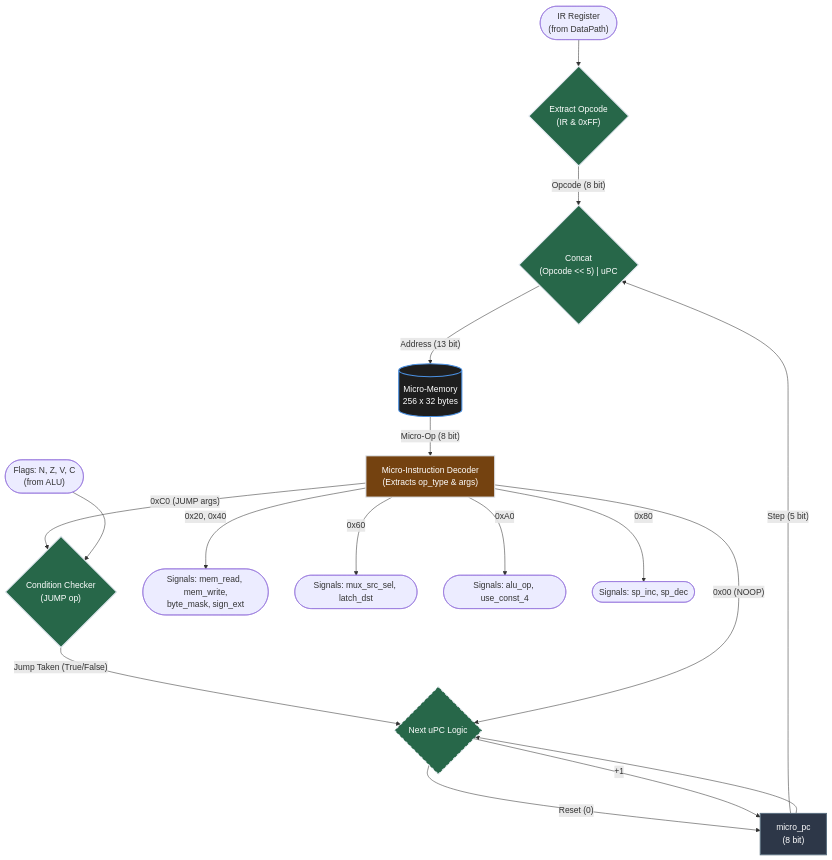
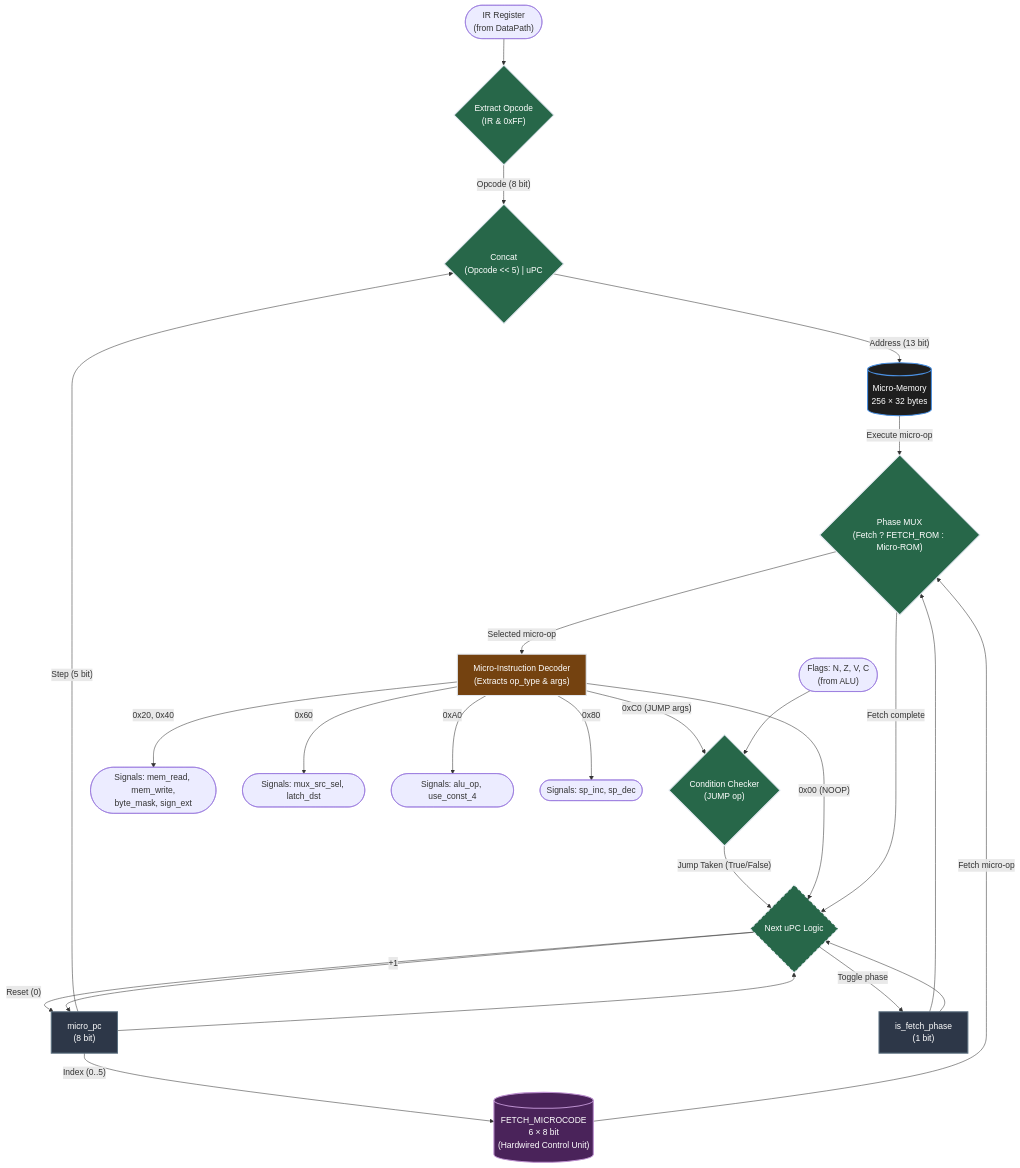
One commit to ivabus/csa-lab4 changed the second of 2 diagrams in README.md. Above: the diagram before and after it, drawn with Mermaid. The commit also changed other lines of this file and 5 other files, not shown here.

````diff
--- a/README.md
+++ b/README.md
@@ -419,65 +427,82 @@
 ```mermaid
 flowchart TD
     classDef rom fill:#1e1e1e,stroke:#4a90e2,stroke-width:2px,color:#fff;
     classDef reg fill:#2d3748,stroke:#5c7080,stroke-width:2px,color:#fff;
     classDef logic fill:#276749,stroke:#e2e8f0,stroke-width:2px,color:#fff;
     classDef decoder fill:#744210,stroke:#e2e8f0,stroke-width:2px,color:#fff;
+    classDef fetch_rom fill:#4a235a,stroke:#bb8fce,stroke-width:2px,color:#fff;
 
     %% --- Inputs from DataPath ---
     IR_INPUT(["IR Register<br/>(from DataPath)"])
     FLAGS_INPUT(["Flags: N, Z, V, C<br/>(from ALU)"])
 
     %% --- State Registers ---
     uPC["micro_pc<br/>(8 bit)"]
+    FETCH_PHASE["is_fetch_phase<br/>(1 bit)"]
+
+    %% --- Phase Selection ---
+    PHASE_MUX{"Phase MUX<br/>(Fetch ? FETCH_ROM : Micro-ROM)"}
+
+    %% --- Fetch Microcode (Hardware, immutable) ---
+    FETCH_ROM[("FETCH_MICROCODE<br/>6 × 8 bit<br/>(Hardwired Control Unit)")]
 
     %% --- Address Generation ---
     OPCODE_EXTRACT{"Extract Opcode<br/>(IR & 0xFF)"}
     ADDR_CONCAT{"Concat<br/>(Opcode << 5) | uPC"}
 
     %% --- Micro-ROM ---
-    uROM[("Micro-Memory<br/>256 x 32 bytes")]
+    uROM[("Micro-Memory<br/>256 × 32 bytes")]
 
     %% --- Decoder ---
     uDEC["Micro-Instruction Decoder<br/>(Extracts op_type & args)"]
 
     %% --- Condition Logic ---
     COND_CHECK{"Condition Checker<br/>(JUMP op)"}
     NEXT_uPC_LOGIC{"Next uPC Logic"}
 
     %% --- Control Signals to DataPath ---
     SIG_LOADSTORE(["Signals: mem_read, mem_write,<br/>byte_mask, sign_ext"])
     SIG_MOV(["Signals: mux_src_sel, latch_dst"])
     SIG_ALU(["Signals: alu_op, use_const_4"])
     SIG_STACK(["Signals: sp_inc, sp_dec"])
 
     %% --- Routing ---
     IR_INPUT --> OPCODE_EXTRACT
     OPCODE_EXTRACT -- "Opcode (8 bit)" --> ADDR_CONCAT
     uPC -- "Step (5 bit)" --> ADDR_CONCAT
 
     ADDR_CONCAT -- "Address (13 bit)" --> uROM
-    uROM -- "Micro-Op (8 bit)" --> uDEC
+    uPC -- "Index (0..5)" --> FETCH_ROM
+
+    FETCH_PHASE --> PHASE_MUX
+    FETCH_ROM -- "Fetch micro-op" --> PHASE_MUX
+    uROM -- "Execute micro-op" --> PHASE_MUX
+    PHASE_MUX -- "Selected micro-op" --> uDEC
 
     uDEC -- "0x20, 0x40" --> SIG_LOADSTORE
     uDEC -- "0x60" --> SIG_MOV
     uDEC -- "0x80" --> SIG_STACK
     uDEC -- "0xA0" --> SIG_ALU
 
     uDEC -- "0xC0 (JUMP args)" --> COND_CHECK
     FLAGS_INPUT --> COND_CHECK
 
     COND_CHECK -- "Jump Taken (True/False)" --> NEXT_uPC_LOGIC
     uDEC -- "0x00 (NOOP)" --> NEXT_uPC_LOGIC
     uPC --> NEXT_uPC_LOGIC
+    FETCH_PHASE --> NEXT_uPC_LOGIC
+    PHASE_MUX -- "Fetch complete" --> NEXT_uPC_LOGIC
 
     NEXT_uPC_LOGIC -- "Reset (0)" --> uPC
     NEXT_uPC_LOGIC -- "+1" --> uPC
+    NEXT_uPC_LOGIC -- "Toggle phase" --> FETCH_PHASE
 
     style NEXT_uPC_LOGIC stroke-dasharray: 5 5
 
     %% --- Styles Binding ---
-    class uPC reg;
-    class OPCODE_EXTRACT,ADDR_CONCAT,COND_CHECK,NEXT_uPC_LOGIC logic;
+    class uPC,FETCH_PHASE reg;
+    class OPCODE_EXTRACT,ADDR_CONCAT,COND_CHECK,NEXT_uPC_LOGIC,PHASE_MUX logic;
     class uROM rom;
+    class FETCH_ROM fetch_rom;
     class uDEC decoder;
 ```
````
